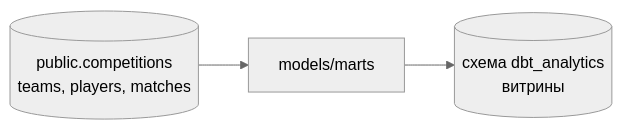
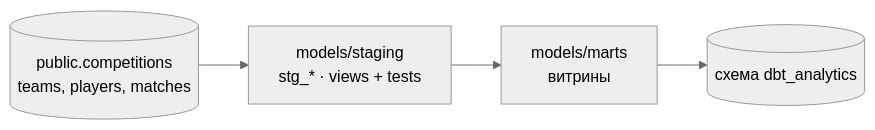
One commit to murasakir1n/Football_ETL changed the diagram in analytics/README.md. Above: the diagram before and after it, drawn with Mermaid (neutral theme). The commit also changed other lines of this file and 1 other file, not shown here.

````diff
--- a/analytics/README.md
+++ b/analytics/README.md
@@ -7,5 +7,6 @@
 ```mermaid
 flowchart LR
-    S[(public.competitions<br/>teams, players, matches)] --> M[models/marts]
-    M --> O[(схема dbt_analytics<br/>витрины)]
+    S[(public.competitions<br/>teams, players, matches)] --> ST[models/staging<br/>stg_* · views + tests]
+    ST --> M[models/marts<br/>витрины]
+    M --> O[(схема dbt_analytics)]
 ```
````
